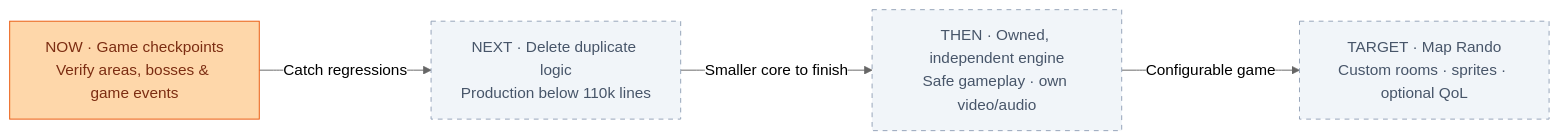
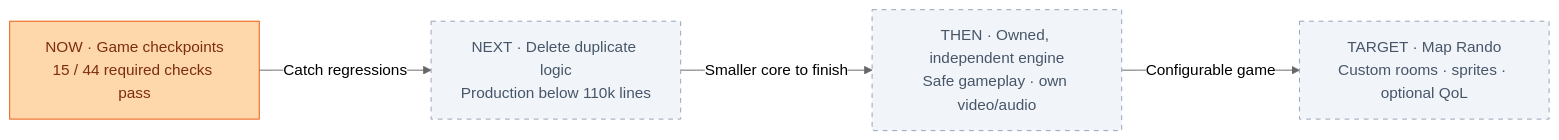
One commit to JimLundin/sm-decomp changed the diagram in PROGRESS.md. Above: the diagram before and after it, drawn with Mermaid (neutral theme). The commit also changed other lines of this file and 9 other files, not shown here.

````diff
--- a/PROGRESS.md
+++ b/PROGRESS.md
@@ -3,12 +3,12 @@
 ```mermaid
 flowchart LR
-    NOW["NOW · Game checkpoints<br/>Verify areas, bosses & game events"]:::active
+    NOW["NOW · Game checkpoints<br/>15 / 44 required checks pass"]:::active
     NEXT["NEXT · Delete duplicate logic<br/>Production below 110k lines"]:::pending
     GAIN["THEN · Owned, independent engine<br/>Safe gameplay · own video/audio"]:::pending
     TARGET["TARGET · Map Rando<br/>Custom rooms · sprites · optional QoL"]:::pending
     NOW -->|Catch regressions| NEXT
     NEXT -->|Smaller core to finish| GAIN
     GAIN -->|Configurable game| TARGET
     classDef active fill:#fed7aa,stroke:#ea580c,color:#7c2d12
     classDef pending fill:#f1f5f9,stroke:#94a3b8,color:#475569,stroke-dasharray:5 5
 ```
````
